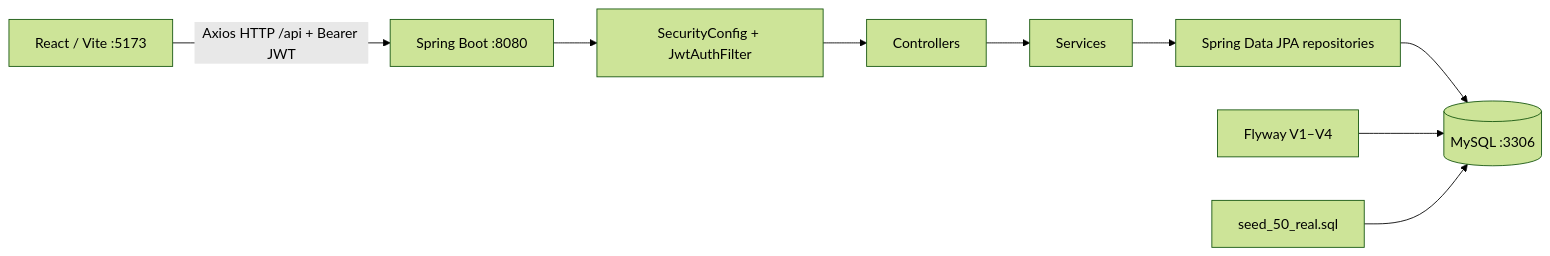
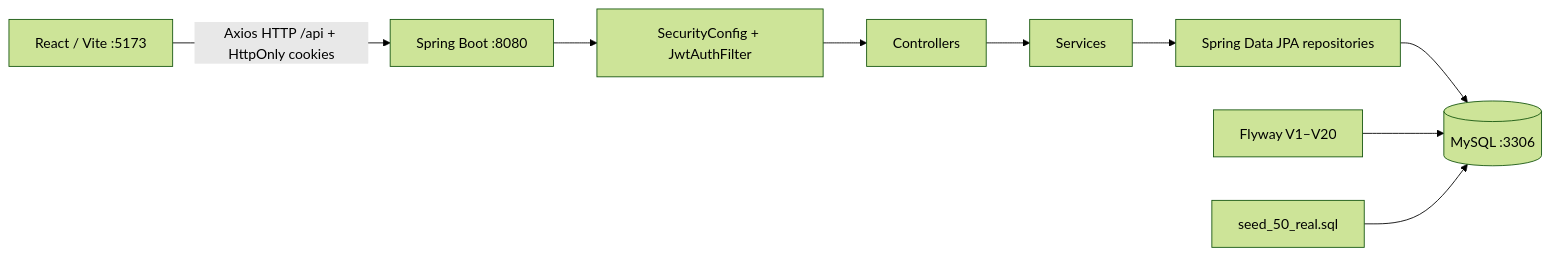
The diagram in PROJECT_MAP.md (anton5267/rewind-letterboxd), drawn with Mermaid (forest theme) before and after one commit. The commit also changed other lines of this file, not shown here.

````diff
--- a/PROJECT_MAP.md
+++ b/PROJECT_MAP.md
@@ -11,11 +11,11 @@
 ```mermaid
 flowchart LR
-    Browser[React / Vite :5173] -->|Axios HTTP /api + Bearer JWT| API[Spring Boot :8080]
+    Browser[React / Vite :5173] -->|Axios HTTP /api + HttpOnly cookies| API[Spring Boot :8080]
     API --> Security[SecurityConfig + JwtAuthFilter]
     Security --> Controllers[Controllers]
     Controllers --> Services[Services]
     Services --> Repositories[Spring Data JPA repositories]
     Repositories --> MySQL[(MySQL :3306)]
-    Flyway[Flyway V1–V4] --> MySQL
+    Flyway[Flyway V1–V20] --> MySQL
     Seed[seed_50_real.sql] --> MySQL
 ```
````
